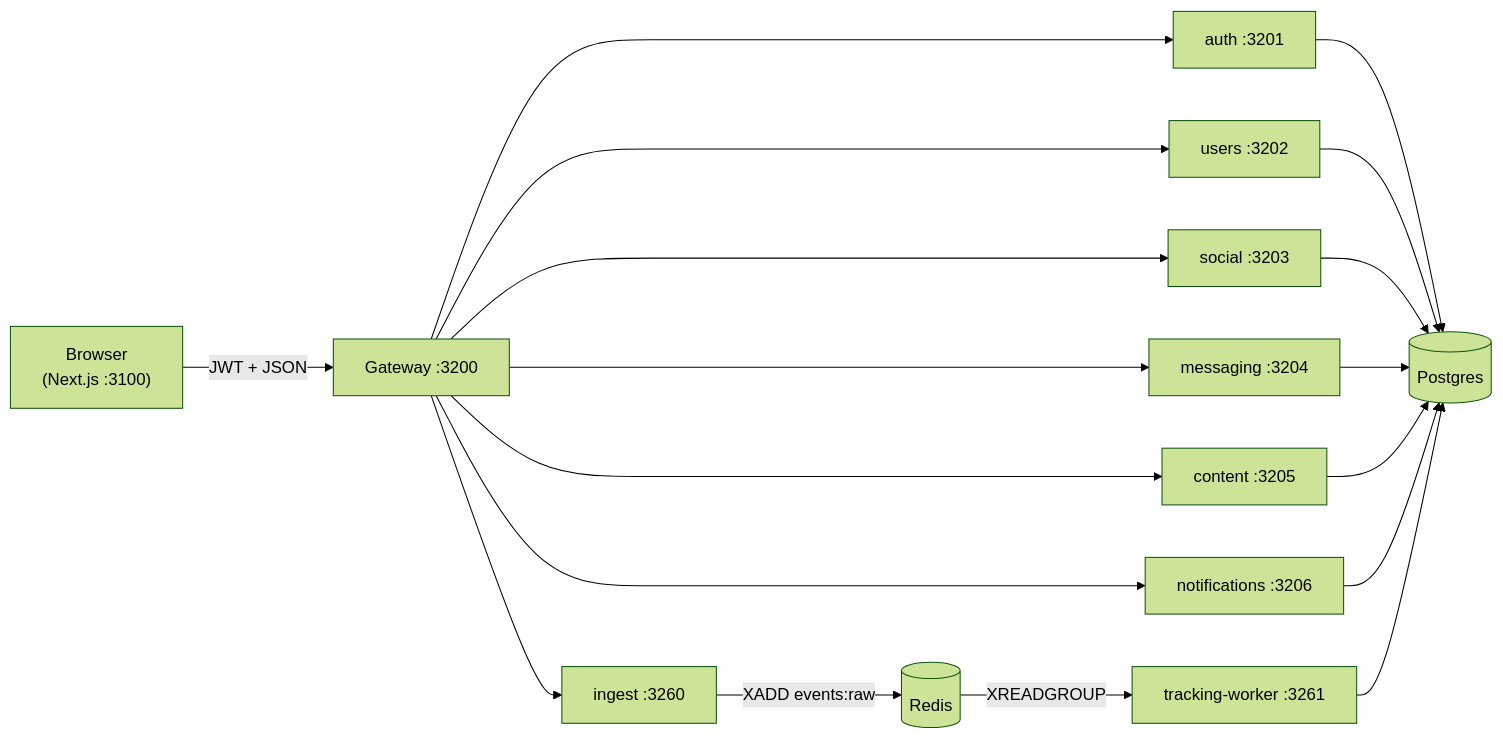
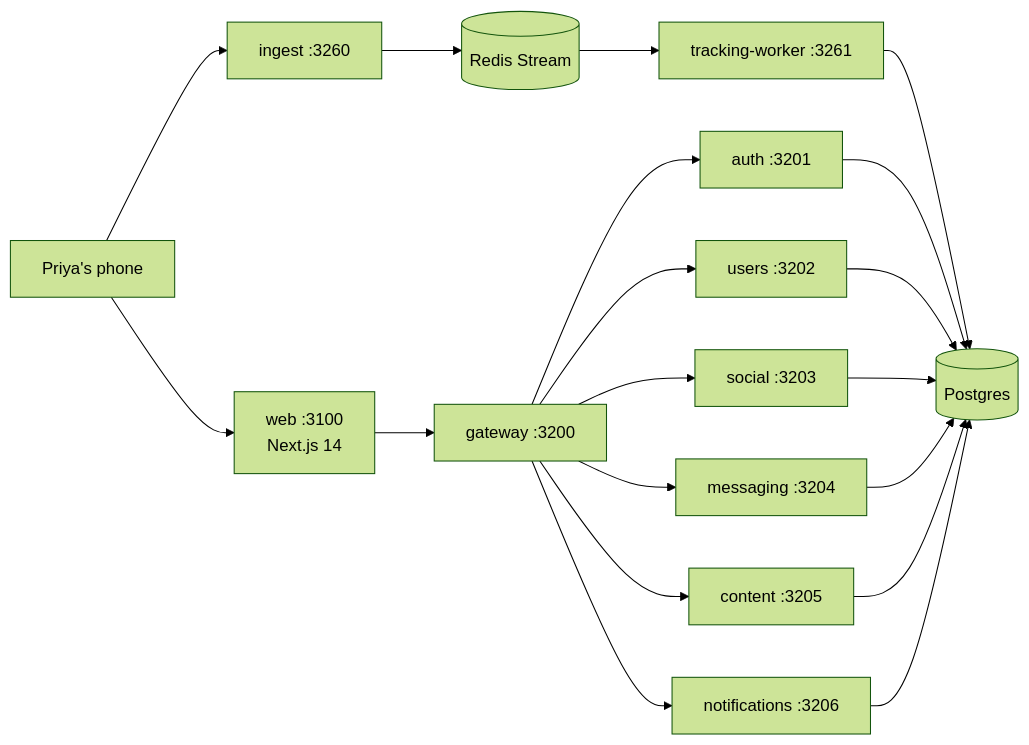
Before and after one commit to shashisingh007/Miamo: the diagram in README.md, drawn with Mermaid (forest theme). The commit also changed other lines of this file and 20 other files, not shown here.

````diff
--- a/README.md
+++ b/README.md
@@ -7,15 +31,21 @@
 ```mermaid
 flowchart LR
-  Browser["Browser<br/>(Next.js :3100)"] -->|JWT + JSON| GW["Gateway :3200"]
-  GW --> AUTH["auth :3201"]
-  GW --> USERS["users :3202"]
-  GW --> SOC["social :3203"]
-  GW --> MSG["messaging :3204"]
-  GW --> CON["content :3205"]
-  GW --> NOT["notifications :3206"]
-  GW --> ING["ingest :3260"]
-  AUTH & USERS & SOC & MSG & CON & NOT --> PG[("Postgres")]
-  ING -->|XADD events:raw| RD[("Redis")]
-  RD -->|XREADGROUP| TW["tracking-worker :3261"]
-  TW --> PG
+    Phone[Priya's phone] --> Web[web :3100<br/>Next.js 14]
+    Web --> GW[gateway :3200]
+    GW --> Auth[auth :3201]
+    GW --> Users[users :3202]
+    GW --> Social[social :3203]
+    GW --> Msg[messaging :3204]
+    GW --> Content[content :3205]
+    GW --> Notif[notifications :3206]
+    Phone --> Ingest[ingest :3260]
+    Ingest --> R[(Redis Stream)]
+    R --> TW[tracking-worker :3261]
+    TW --> DB[(Postgres)]
+    Auth --> DB
+    Users --> DB
+    Social --> DB
+    Msg --> DB
+    Content --> DB
+    Notif --> DB
 ```
````
